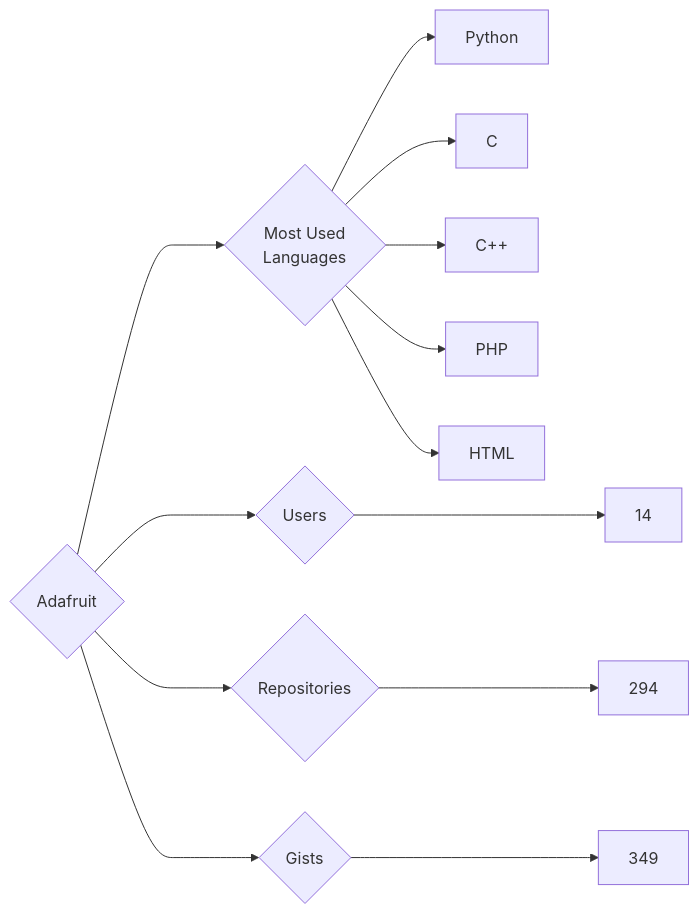
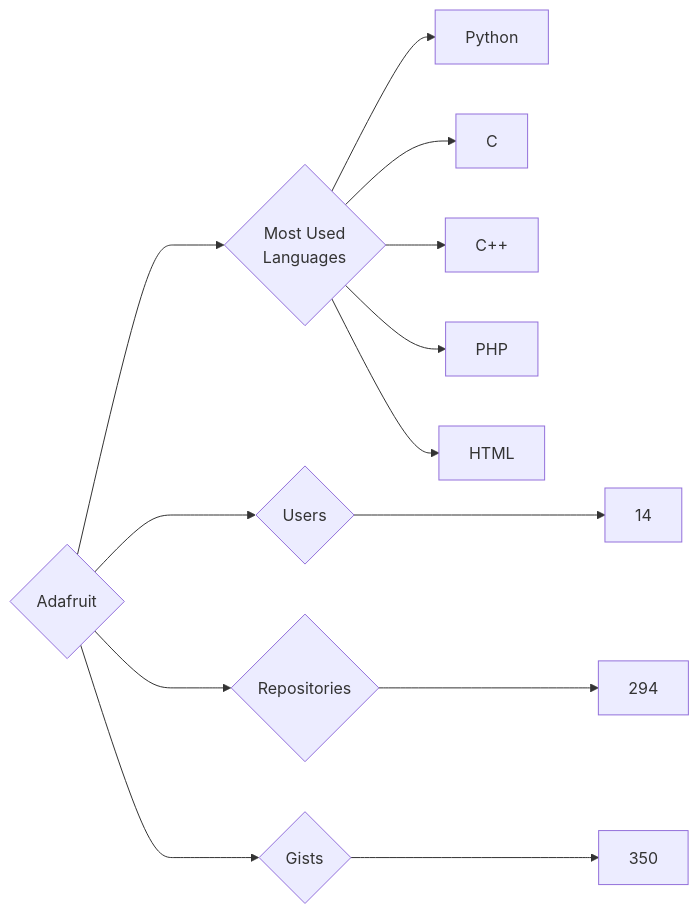
One commit to trickest/insiders changed the diagram in targets/Adafruit/README.md. Above: the diagram before and after it, drawn with Mermaid. The commit also changed 644 other files, not shown here.

````diff
--- a/targets/Adafruit/README.md
+++ b/targets/Adafruit/README.md
@@ -3,13 +3,13 @@
 ```mermaid
 graph LR
 COMPANY_NAME{Adafruit}
 COMPANY_NAME ---> U{Users} ---> UN[14]
 COMPANY_NAME ---> R{Repositories} ---> RN[294]
-COMPANY_NAME ---> G{Gists} ---> GN[349]
+COMPANY_NAME ---> G{Gists} ---> GN[350]
 COMPANY_NAME ---> ML{Most Used<br>Languages}
 ML --> Python[Python]
 ML --> C[C]
 ML --> C++[C++]
 ML --> PHP[PHP]
 ML --> HTML[HTML]
 ```
````
